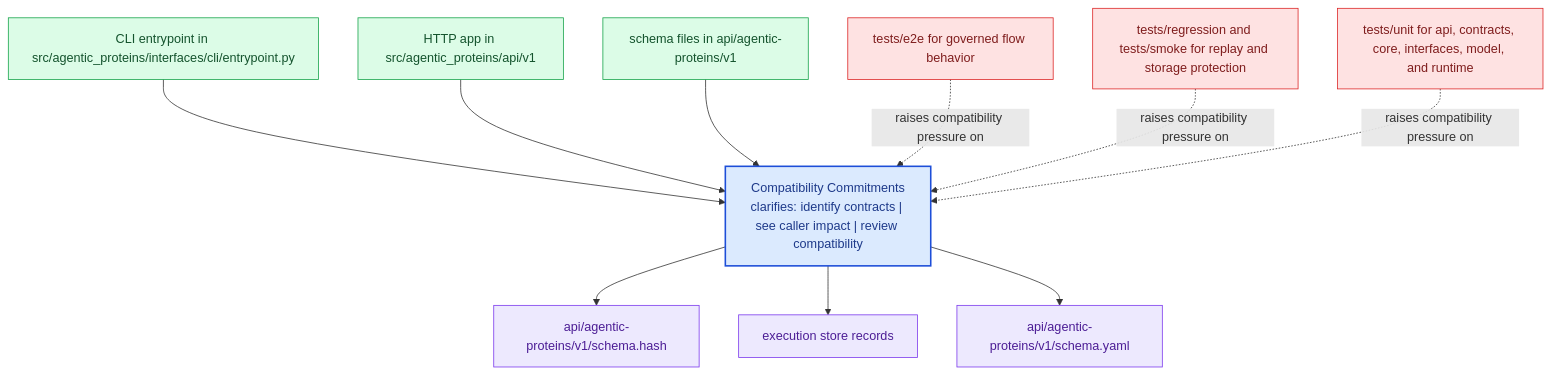
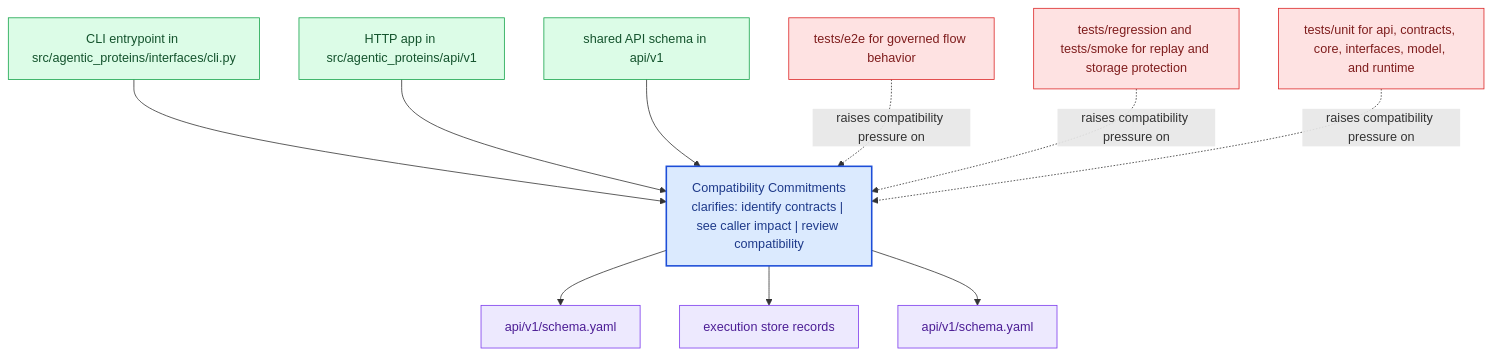
Before and after one commit to bijux/bijux-proteomics: the diagram in docs/agentic-proteins/interfaces/compatibility-commitments.md, drawn with Mermaid. The commit also changed other lines of this file and 24 other files, not shown here.

Commit message:
docs(agentic-proteins): deepen runtime handbook and align execution anchors to real modules

````diff
--- a/docs/agentic-proteins/interfaces/compatibility-commitments.md
+++ b/docs/agentic-proteins/interfaces/compatibility-commitments.md
@@ -23,31 +23,31 @@
 ```mermaid
 flowchart TB
     page["Compatibility Commitments<br/>clarifies: identify contracts | see caller impact | review compatibility"]
     classDef page fill:#dbeafe,stroke:#1d4ed8,color:#1e3a8a,stroke-width:2px;
     classDef positive fill:#dcfce7,stroke:#16a34a,color:#14532d;
     classDef caution fill:#fee2e2,stroke:#dc2626,color:#7f1d1d;
     classDef anchor fill:#ede9fe,stroke:#7c3aed,color:#4c1d95;
     classDef action fill:#fef3c7,stroke:#d97706,color:#7c2d12;
-    surface1["CLI entrypoint in src/agentic_proteins/interfaces/cli/entrypoint.py"]
+    surface1["CLI entrypoint in src/agentic_proteins/interfaces/cli.py"]
     surface1 --> page
     surface2["HTTP app in src/agentic_proteins/api/v1"]
     surface2 --> page
-    surface3["schema files in api/agentic-proteins/v1"]
+    surface3["shared API schema in api/v1"]
     surface3 --> page
-    proof1["api/agentic-proteins/v1/schema.hash"]
+    proof1["api/v1/schema.yaml"]
     page --> proof1
     proof2["execution store records"]
     page --> proof2
-    proof3["api/agentic-proteins/v1/schema.yaml"]
+    proof3["api/v1/schema.yaml"]
     page --> proof3
     review1["tests/e2e for governed flow behavior"]
     review1 -.raises compatibility pressure on.-> page
     review2["tests/regression and tests/smoke for replay and storage protection"]
     review2 -.raises compatibility pressure on.-> page
     review3["tests/unit for api, contracts, core, interfaces, model, and runtime"]
     review3 -.raises compatibility pressure on.-> page
     class page page;
     class surface1,surface2,surface3 positive;
     class proof1,proof2,proof3 anchor;
     class review1,review2,review3 caution;
 ```
````
